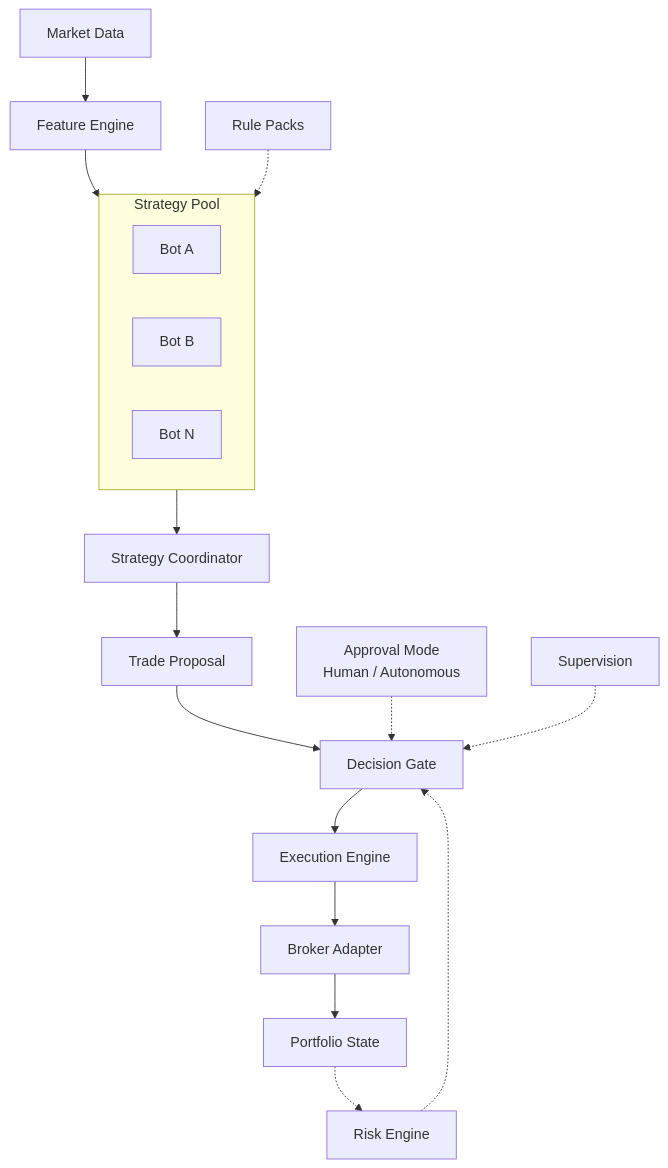
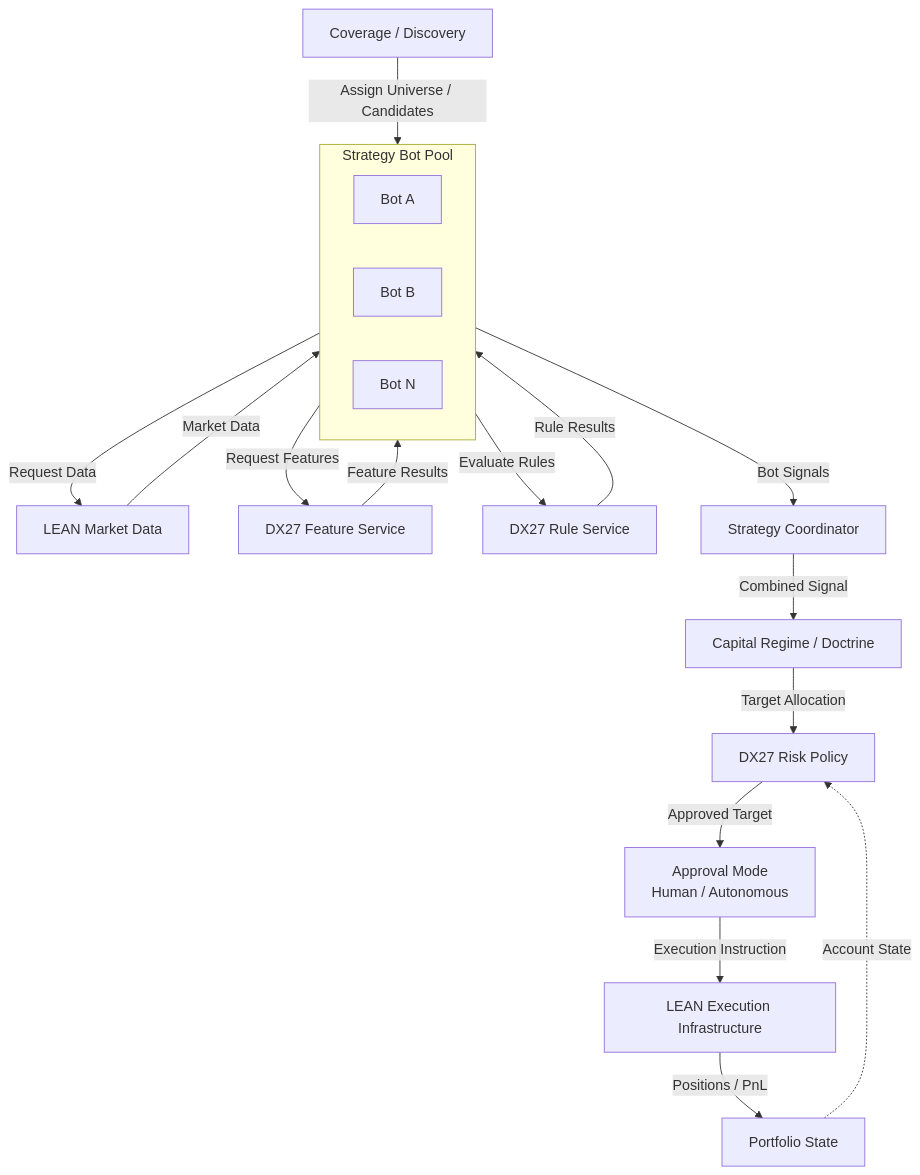
The second of 3 diagrams in docs/architecture/system-overview.md (Daxoniel/DX27-Trading-Engine), drawn with Mermaid before and after one commit. The commit also changed other lines of this file and 1 other file, not shown here.

Commit message:
update architecture diagrams

````diff
--- a/docs/architecture/system-overview.md
+++ b/docs/architecture/system-overview.md
@@ -23,40 +27,45 @@
 ```mermaid
 flowchart TB
 
-    Market["Market Data"]
-    Features["Feature Engine"]
+    Coverage["Coverage / Discovery"]
 
-    subgraph Strategies["Strategy Pool"]
+    subgraph Strategies["Strategy Bot Pool"]
         direction LR
-        S1["Bot A"]
-        S2["Bot B"]
-        SN["Bot N"]
+        B1["Bot A"]
+        B2["Bot B"]
+        BN["Bot N"]
     end
 
+    Data["LEAN Market Data"]
+    Features["DX27 Feature Service"]
+    Rules["DX27 Rule Service"]
+
     Coordinator["Strategy Coordinator"]
-    Proposal["Trade Proposal"]
-    Gate["Decision Gate"]
-    Execution["Execution Engine"]
-    Broker["Broker Adapter"]
+    Doctrine["Capital Regime / Doctrine"]
+    Risk["DX27 Risk Policy"]
+    Approval["Approval Mode<br/>Human / Autonomous"]
+
+    LEAN["LEAN Execution Infrastructure"]
     Portfolio["Portfolio State"]
 
-    Rules["Rule Packs"]
-    Risk["Risk Engine"]
-    Approval["Approval Mode<br/>Human / Autonomous"]
-    Supervision["Supervision"]
+    Coverage -->|Assign Universe / Candidates| Strategies
 
-    Market --> Features
-    Features --> Strategies
-    Strategies --> Coordinator
-    Coordinator --> Proposal
-    Proposal --> Gate
-    Gate --> Execution
-    Execution --> Broker
-    Broker --> Portfolio
+    Strategies -->|Request Data| Data
+    Data -->|Market Data| Strategies
 
-    Rules -.-> Strategies
-    Risk -.-> Gate
-    Approval -.-> Gate
-    Supervision -.-> Gate
-    Portfolio -.-> Risk
+    Strategies -->|Request Features| Features
+    Features -->|Feature Results| Strategies
+
+    Strategies -->|Evaluate Rules| Rules
+    Rules -->|Rule Results| Strategies
+
+    Strategies -->|Bot Signals| Coordinator
+    Coordinator -->|Combined Signal| Doctrine
+    Doctrine -->|Target Allocation| Risk
+    Portfolio -.->|Account State| Risk
+
+    Risk -->|Approved Target| Approval
+    Approval -->|Execution Instruction| LEAN
+
+    LEAN -->|Positions / PnL| Portfolio
 ```
````
